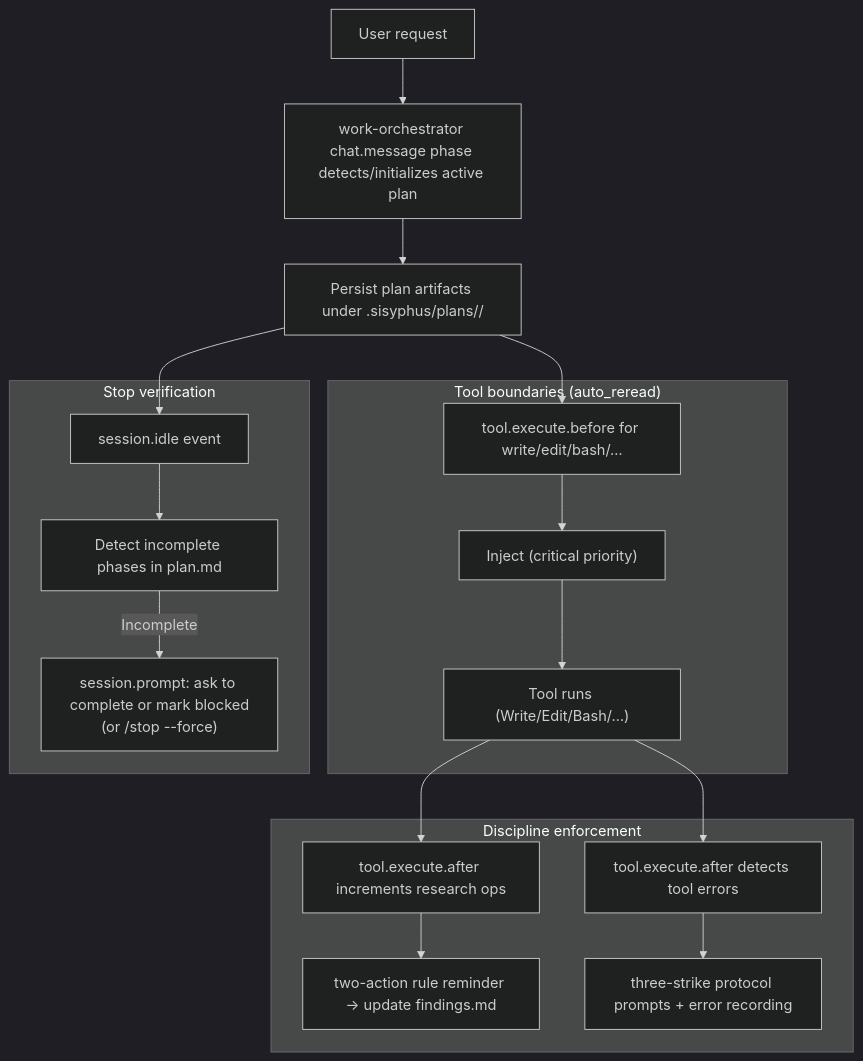
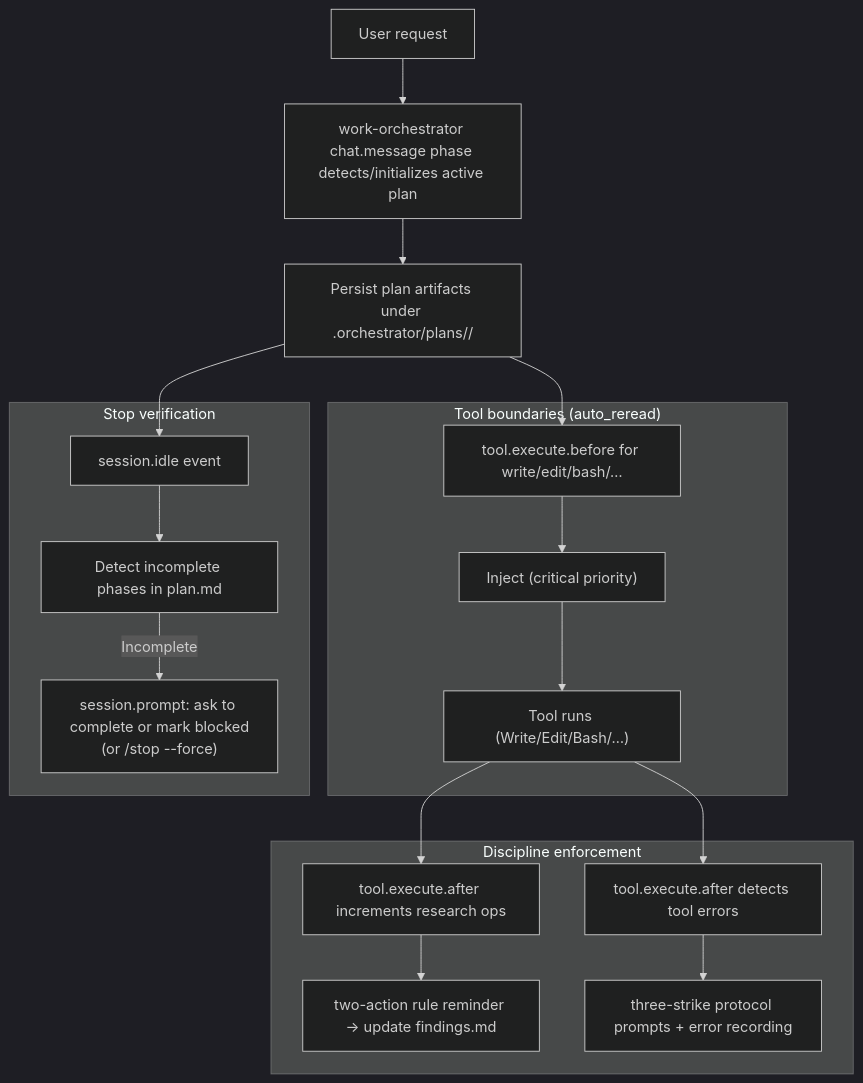
One commit to arcthur/oh-my-opencode changed the first of 2 diagrams in docs/journeys/planning-with-files.md. Above: the diagram before and after it, drawn with Mermaid (dark theme). The commit also changed other lines of this file and 416 other files, not shown here.

````diff
--- a/docs/journeys/planning-with-files.md
+++ b/docs/journeys/planning-with-files.md
@@ -10,25 +10,25 @@
 ```mermaid
 flowchart TD
   U["User request"] --> CM["work-orchestrator chat.message phase detects/initializes active plan"]
-  CM --> FS["Persist plan artifacts under .sisyphus/plans/<plan>/"]
+  CM --> FS["Persist plan artifacts under .orchestrator/plans/<plan>/"]
 
   subgraph ToolBoundary["Tool boundaries (auto_reread)"]
     TB["tool.execute.before for write/edit/bash/…"] --> INJ["Inject <plan-context> (critical priority)"]
     INJ --> TOOL["Tool runs (Write/Edit/Bash/…)"]
   end
 
   subgraph Discipline["Discipline enforcement"]
     TA["tool.execute.after increments research ops"] --> R2["two-action rule reminder → update findings.md"]
     ERR["tool.execute.after detects tool errors"] --> S3["three-strike protocol prompts + error recording"]
   end
 
   subgraph StopGuard["Stop verification"]
     IDLE["session.idle event"] --> CHECK["Detect incomplete phases in plan.md"]
     CHECK -->|Incomplete| PROMPT["session.prompt: ask to complete or mark blocked\n(or /stop --force)"]
   end
 
   FS --> TB
   TOOL --> TA
   TOOL --> ERR
   FS --> IDLE
 ```
````
